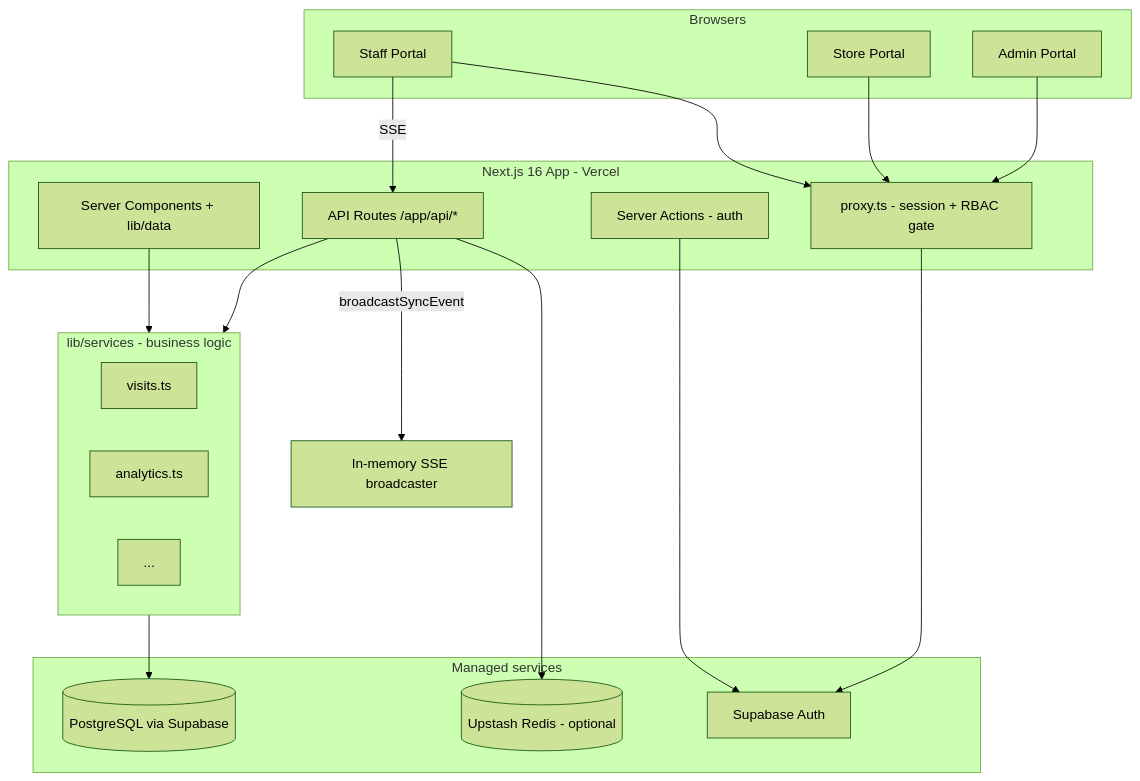
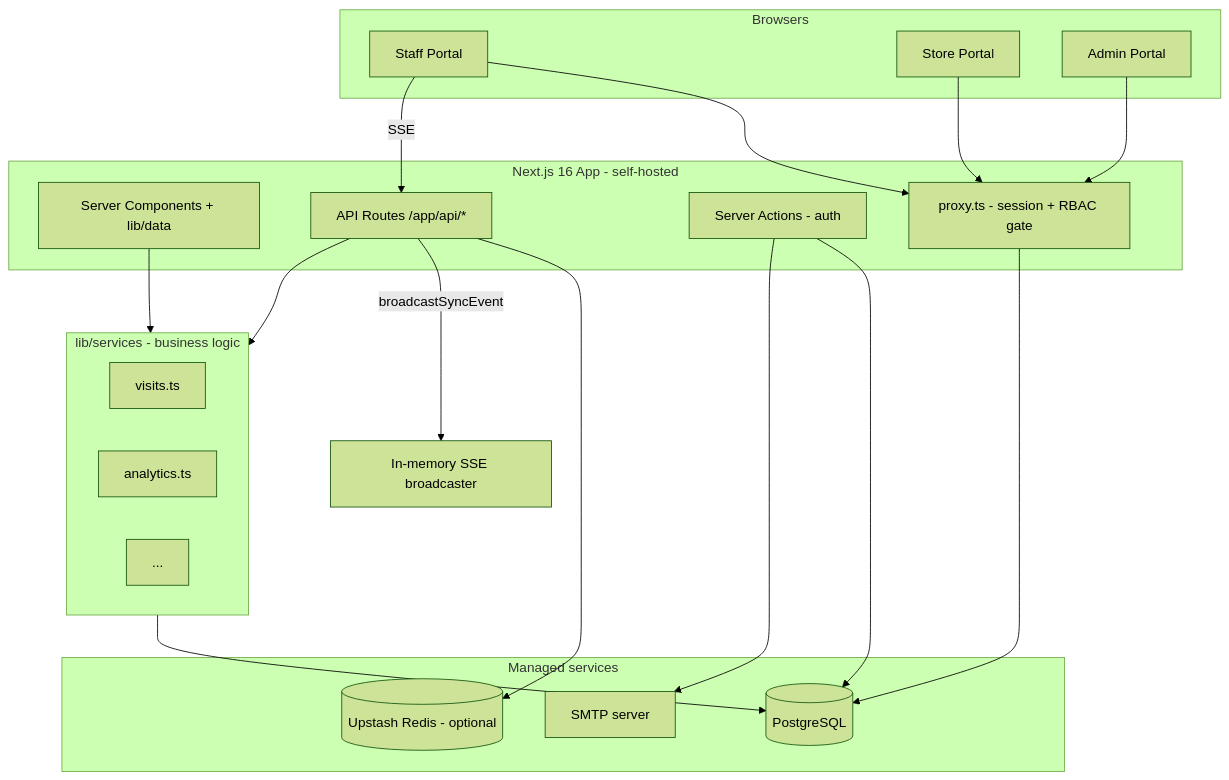
One commit to personale88/Project-Fineset changed the first of 3 diagrams in ARCHITECTURE_GUIDE.md. Above: the diagram before and after it, drawn with Mermaid (forest theme). The commit also changed other lines of this file and 110 other files, not shown here.

````diff
--- a/ARCHITECTURE_GUIDE.md
+++ b/ARCHITECTURE_GUIDE.md
@@ -31,39 +31,40 @@
 ```mermaid
 flowchart TB
   subgraph clients [Browsers]
     StaffUI[Staff Portal]
     StoreUI[Store Portal]
     AdminUI[Admin Portal]
   end
 
-  subgraph nextjs [Next.js 16 App - Vercel]
+  subgraph nextjs [Next.js 16 App - self-hosted]
     RSC[Server Components + lib/data]
     API[API Routes /app/api/*]
     SA[Server Actions - auth]
     MW[proxy.ts - session + RBAC gate]
   end
 
   subgraph services [lib/services - business logic]
     VisitsSvc[visits.ts]
     AnalyticsSvc[analytics.ts]
     OtherSvc[...]
   end
 
   subgraph external [Managed services]
-    SupaAuth[Supabase Auth]
-    PG[(PostgreSQL via Supabase)]
+    PG[(PostgreSQL)]
+    SMTP[SMTP server]
     Redis[(Upstash Redis - optional)]
   end
 
   StaffUI --> MW
   StoreUI --> MW
   AdminUI --> MW
-  MW --> SupaAuth
+  MW --> PG
   RSC --> services
   API --> services
-  SA --> SupaAuth
+  SA --> PG
   services --> PG
+  SA --> SMTP
   API --> Redis
   StaffUI -->|SSE| API
   API -->|broadcastSyncEvent| SSE[In-memory SSE broadcaster]
 ```
````
